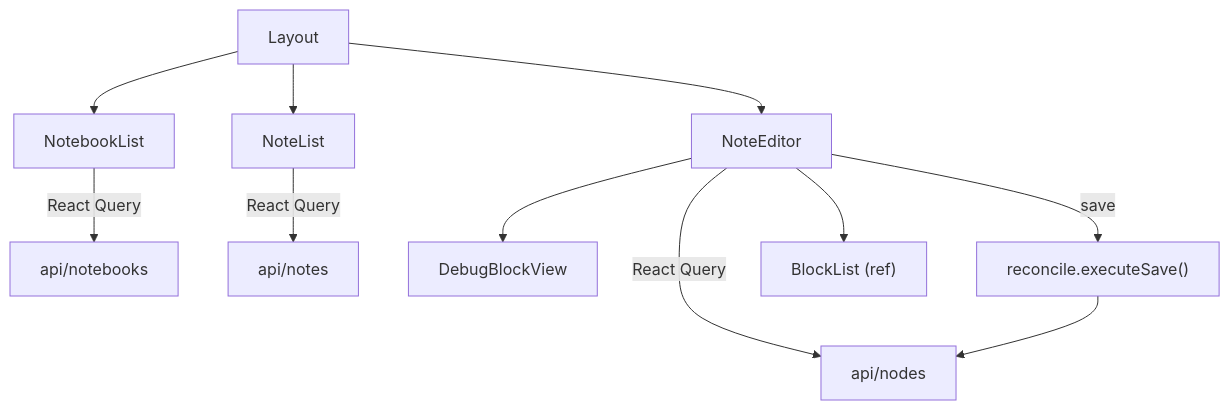
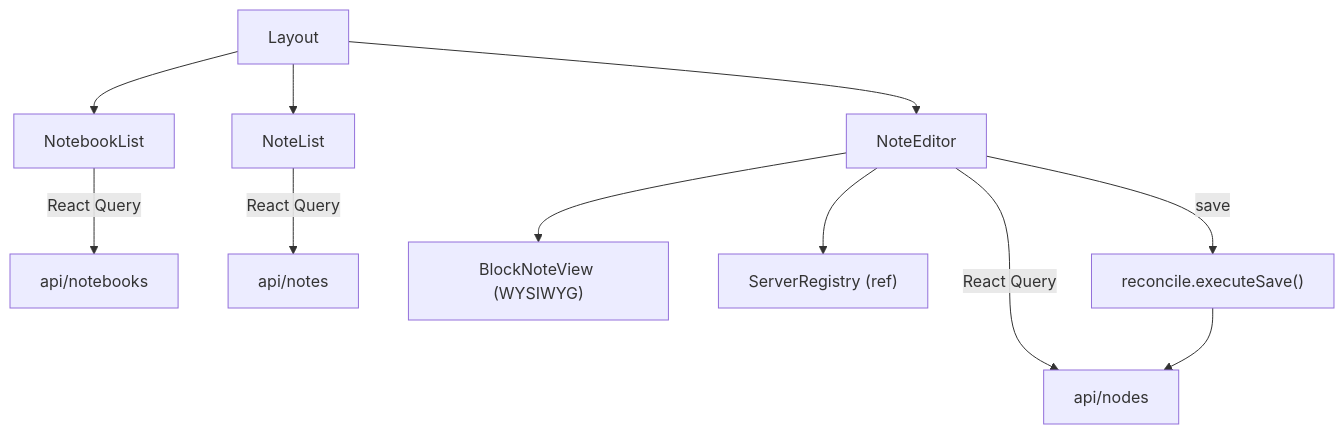
Before and after one commit to fpacifici/assistant: the second of 2 diagrams in docs/architecture/frontend.md, drawn with Mermaid. The commit also changed other lines of this file and 20 other files, not shown here.

First line of the commit message:
feat: BlockNote WYSIWYG markdown editor (#31)

````diff
--- a/docs/architecture/frontend.md
+++ b/docs/architecture/frontend.md
@@ -60,14 +63,14 @@
 ```mermaid
 graph TD
     Layout --> NotebookList
     Layout --> NoteList
     Layout --> NoteEditor
-    NoteEditor --> DebugBlockView
 
     NotebookList -- "React Query" --> API_Notebooks["api/notebooks"]
     NoteList -- "React Query" --> API_Notes["api/notes"]
     NoteEditor -- "React Query" --> API_Nodes["api/nodes"]
-    NoteEditor --> BlockList["BlockList (ref)"]
+    NoteEditor --> BlockNoteView["BlockNoteView (WYSIWYG)"]
+    NoteEditor --> ServerRegistry["ServerRegistry (ref)"]
     NoteEditor -- "save" --> Reconcile["reconcile.executeSave()"]
     Reconcile --> API_Nodes
 ```
````
